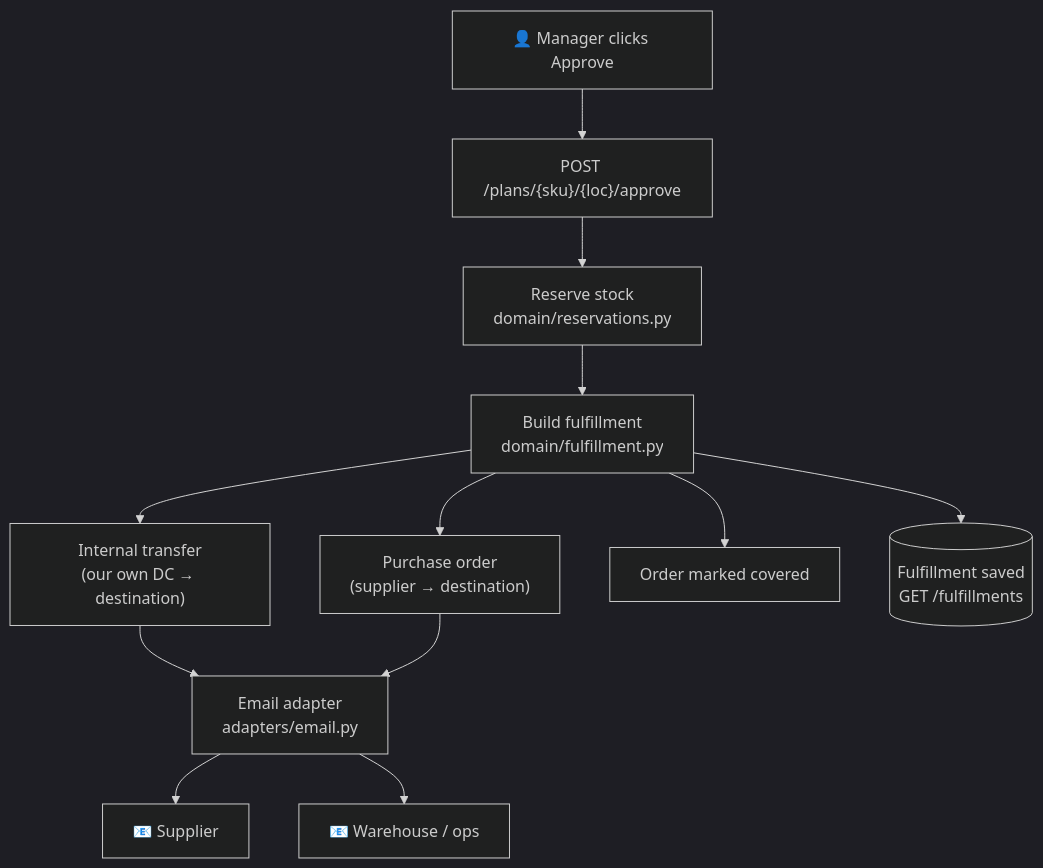
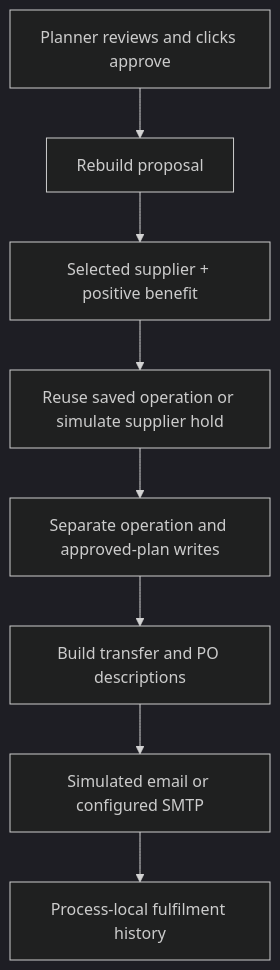
The diagram in docs/after_plan_approval.md (Nihar4569/signalbridge), drawn with Mermaid (dark theme) before and after one commit. The commit also changed other lines of this file and 18 other files, not shown here.

Commit message:
Refactor documentation for SignalBridge: streamline setup instructions, clarify request flow, and update work plan with implemented features and future safeguards.

````diff
--- a/docs/after_plan_approval.md
+++ b/docs/after_plan_approval.md
@@ -36,14 +20,10 @@
 ```mermaid
 flowchart TB
-    H["👤 Manager clicks Approve"] --> API["POST /plans/{sku}/{loc}/approve"]
-    API --> RES["Reserve stock<br/>domain/reservations.py"]
-    RES --> FUL["Build fulfillment<br/>domain/fulfillment.py"]
-    FUL --> T["Internal transfer<br/>(our own DC → destination)"]
-    FUL --> PO["Purchase order<br/>(supplier → destination)"]
-    T --> EM["Email adapter<br/>adapters/email.py"]
-    PO --> EM
-    EM --> S1["📧 Supplier"]
-    EM --> S2["📧 Warehouse / ops"]
-    FUL --> COV["Order marked covered"]
-    FUL --> STORE[("Fulfillment saved<br/>GET /fulfillments")]
+    Human["Planner reviews and clicks approve"] --> API["Rebuild proposal"]
+    API --> Gate["Selected supplier + positive benefit"]
+    Gate --> Reserve["Reuse saved operation or simulate supplier hold"]
+    Reserve --> Store["Separate operation and approved-plan writes"]
+    Store --> Actions["Build transfer and PO descriptions"]
+    Actions --> Email["Simulated email or configured SMTP"]
+    Email --> Memory["Process-local fulfilment history"]
 ```
````
